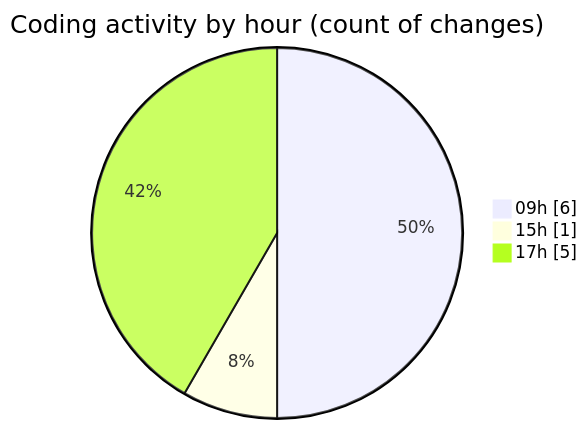
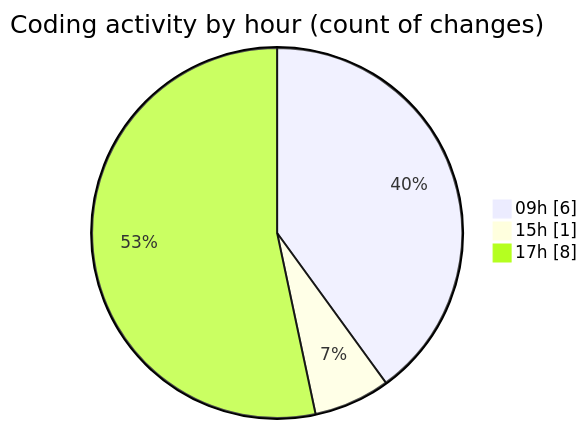
One commit to momahboobian/code-tracking changed the second of 2 diagrams in 2026-04-07/cda/README.md. Above: the diagram before and after it, drawn with Mermaid. The commit also changed other lines of this file and 1 other file, not shown here.

````diff
--- a/2026-04-07/cda/README.md
+++ b/2026-04-07/cda/README.md
@@ -37,7 +38,7 @@
 ```mermaid
 pie showData
 title Coding activity by hour (count of changes)
 "09h" : 6
 "15h" : 1
-"17h" : 5
+"17h" : 8
 ```
````
